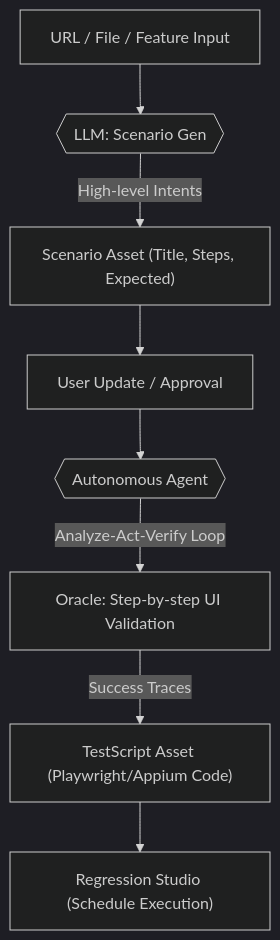
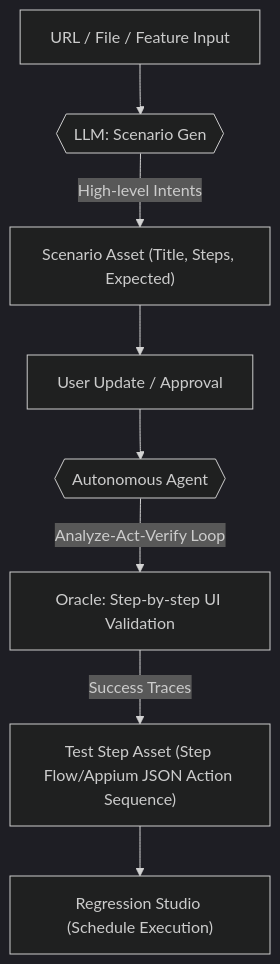
One commit to hyunju80/qone changed the first of 2 diagrams in docs/ai_llm_spec.md. Above: the diagram before and after it, drawn with Mermaid (dark theme). The commit also changed other lines of this file and 4 other files, not shown here.

````diff
--- a/docs/ai_llm_spec.md
+++ b/docs/ai_llm_spec.md
@@ -265,10 +381,10 @@
 ```mermaid
 graph TD
     A["URL / File / Feature Input"] --> B{{"LLM: Scenario Gen"}}
     B -- "High-level Intents" --> C["Scenario Asset (Title, Steps, Expected)"]
     C --> D["User Update / Approval"]
     D --> E{{"Autonomous Agent"}}
     E -- "Analyze-Act-Verify Loop" --> F["Oracle: Step-by-step UI Validation"]
-    F -- "Success Traces" --> G["TestScript Asset (Playwright/Appium Code)"]
+    F -- "Success Traces" --> G["Test Step Asset (Step Flow/Appium JSON Action Sequence)"]
     G --> H["Regression Studio (Schedule Execution)"]
 ```
````
